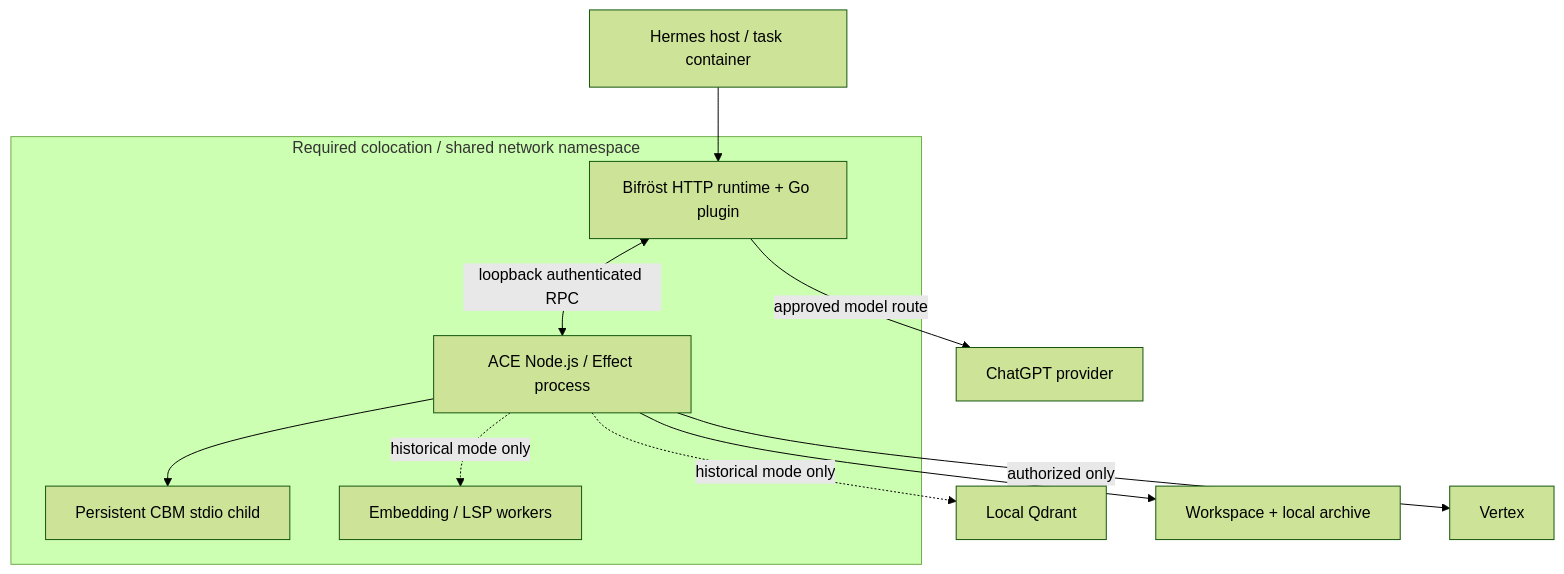
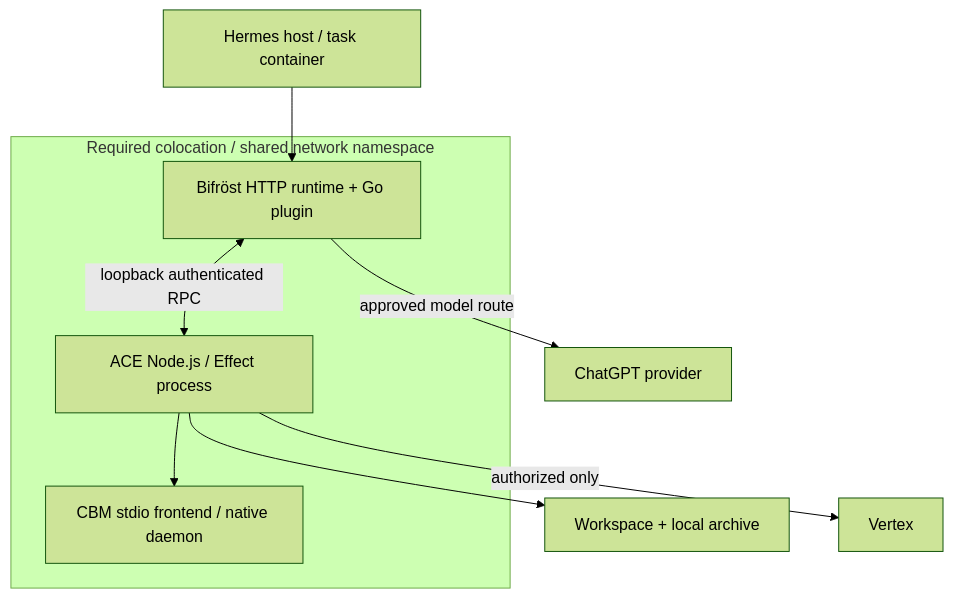
One commit to chris-madsen/Hybrid-RAG changed the diagram in docs/architecture/views/deployment.md. Above: the diagram before and after it, drawn with Mermaid (forest theme). The commit also changed other lines of this file and 10 other files, not shown here.

```diff
--- a/docs/architecture/views/deployment.md
+++ b/docs/architecture/views/deployment.md
@@ -9,13 +9,11 @@
 ~~~mermaid
 flowchart TD
     Agent["Hermes host / task container"] --> B["Bifröst HTTP runtime + Go plugin"]
     subgraph Local["Required colocation / shared network namespace"]
         B <-->|"loopback authenticated RPC"| A["ACE Node.js / Effect process"]
-        A --> CBM["Persistent CBM stdio child"]
-        A -. "historical mode only" .-> W["Embedding / LSP workers"]
+        A --> CBM["CBM stdio frontend / native daemon"]
     end
-    A -. "historical mode only" .-> Q["Local Qdrant"]
     A --> S["Workspace + local archive"]
     A -->|"authorized only"| V["Vertex"]
     B -->|"approved model route"| P["ChatGPT provider"]
 ~~~
```
